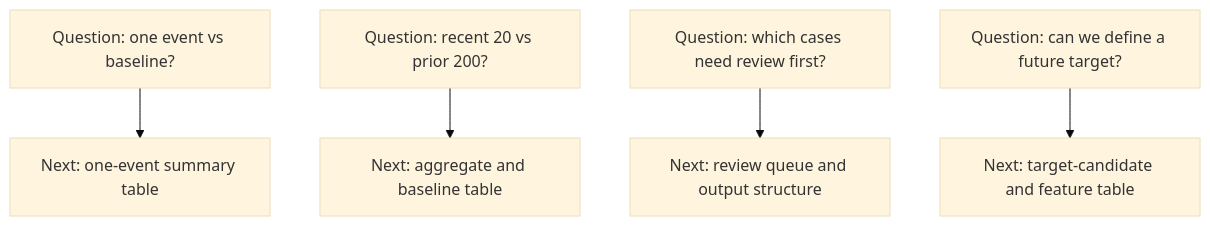
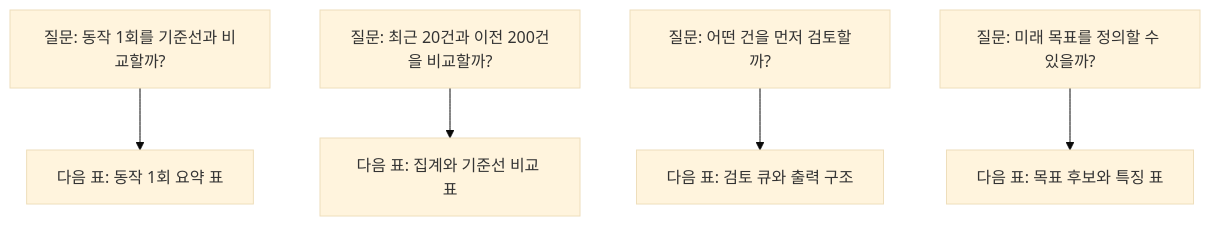
One commit to devchan64/AiBook changed the diagram in docs/parts/part-03/chapter-01/section-03.md. Above: the diagram before and after it, drawn with Mermaid (base theme). The commit also changed 45 other files, not shown here.

Commit message:
docs: localize part 3 mermaid diagrams

````diff
--- a/docs/parts/part-03/chapter-01/section-03.md
+++ b/docs/parts/part-03/chapter-01/section-03.md
@@ -74,7 +74,7 @@
 ```mermaid
 flowchart TD
-    A[Question: one event vs baseline?] --> A1[Next: one-event summary table]
-    B[Question: recent 20 vs prior 200?] --> B1[Next: aggregate and baseline table]
-    C[Question: which cases need review first?] --> C1[Next: review queue and output structure]
-    D[Question: can we define a future target?] --> D1[Next: target-candidate and feature table]
+    A[질문: 동작 1회를 기준선과 비교할까?] --> A1[다음 표: 동작 1회 요약 표]
+    B[질문: 최근 20건과 이전 200건을 비교할까?] --> B1[다음 표: 집계와 기준선 비교 표]
+    C[질문: 어떤 건을 먼저 검토할까?] --> C1[다음 표: 검토 큐와 출력 구조]
+    D[질문: 미래 목표를 정의할 수 있을까?] --> D1[다음 표: 목표 후보와 특징 표]
 ```
````
